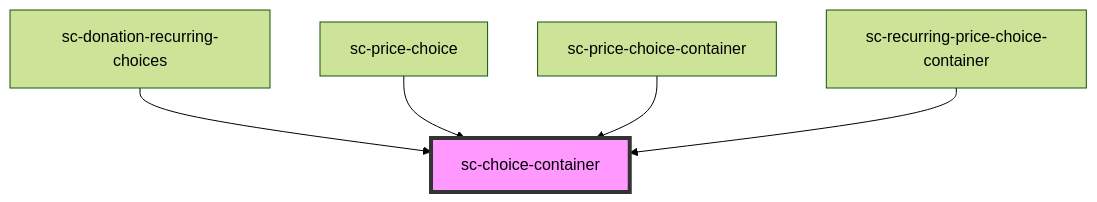
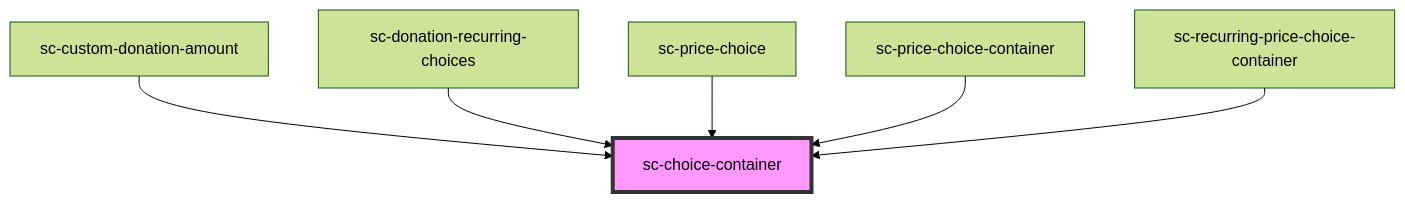
Before and after one commit to surecart/surecart-wp-plugin: the diagram in packages/components/src/components/ui/choice-container/readme.md, drawn with Mermaid (forest theme). The commit also changed other lines of this file and 16 other files, not shown here.

Commit message:
Completed functionality & added component for custom donation amount

````diff
--- a/packages/components/src/components/ui/choice-container/readme.md
+++ b/packages/components/src/components/ui/choice-container/readme.md
@@ -96,8 +97,9 @@
 ```mermaid
 graph TD;
+  sc-custom-donation-amount --> sc-choice-container
   sc-donation-recurring-choices --> sc-choice-container
   sc-price-choice --> sc-choice-container
   sc-price-choice-container --> sc-choice-container
   sc-recurring-price-choice-container --> sc-choice-container
   style sc-choice-container fill:#f9f,stroke:#333,stroke-width:4px
 ```
````
